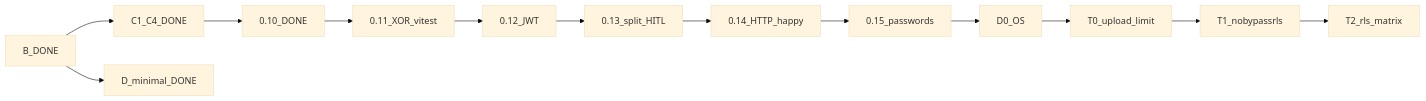
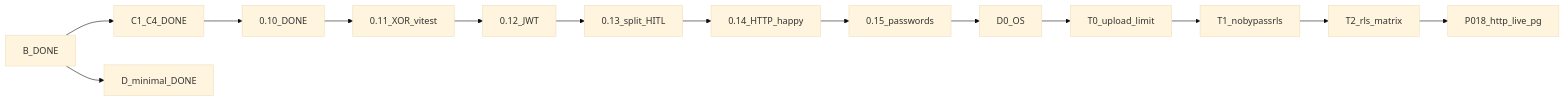
One commit to Spawn2018/OmniRoute changed the diagram in docs/PLAN-REALIZACJA.md. Above: the diagram before and after it, drawn with Mermaid (base theme). The commit also changed other lines of this file and 8 other files, not shown here.

Commit message:
feat(M-01): RLS isolation matrix S1-S6 with explicit WITH CHECK [plaster 0.17 T2]

````diff
--- a/docs/PLAN-REALIZACJA.md
+++ b/docs/PLAN-REALIZACJA.md
@@ -8,15 +8,16 @@
 ```mermaid
 flowchart LR
   doneB[B_DONE] --> doneC[C1_C4_DONE]
   doneC --> doneC5[0.10_DONE]
   doneC5 --> doneXor[0.11_XOR_vitest]
   doneXor --> doneJwt[0.12_JWT]
   doneJwt --> doneSplit[0.13_split_HITL]
   doneSplit --> doneHttp[0.14_HTTP_happy]
   doneHttp --> donePwd[0.15_passwords]
   donePwd --> doneD0[D0_OS]
   doneD0 --> doneT0[T0_upload_limit]
   doneT0 --> doneT1[T1_nobypassrls]
-  doneT1 --> next[T2_rls_matrix]
+  doneT1 --> doneT2[T2_rls_matrix]
+  doneT2 --> next[P018_http_live_pg]
   doneB --> doneD[D_minimal_DONE]
 ```
````
